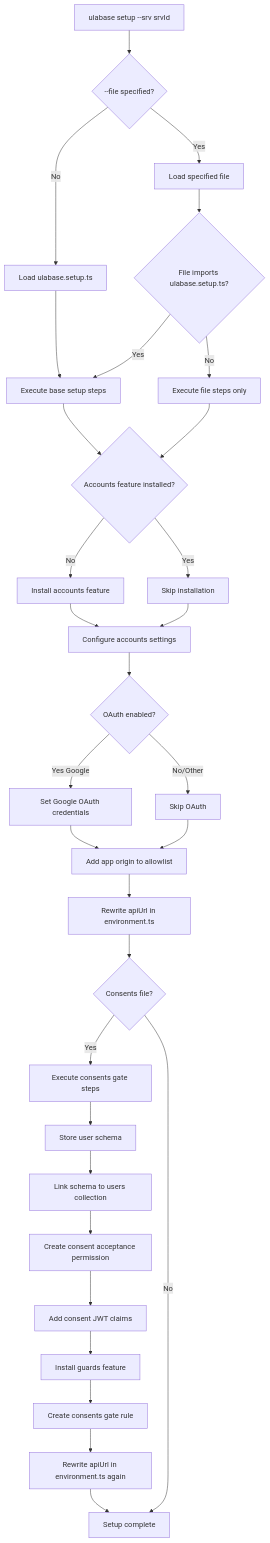
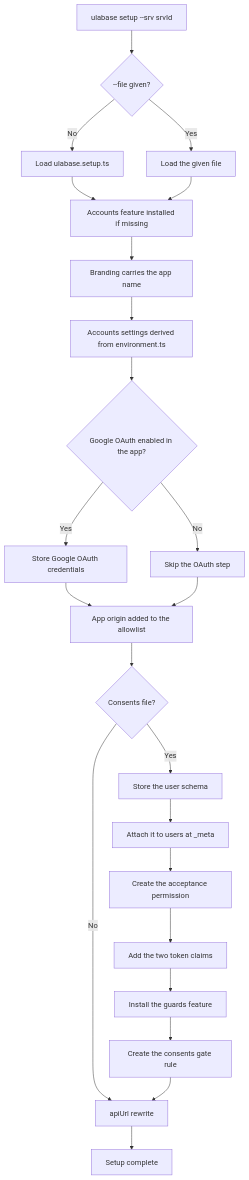
Before and after one commit to ulabase/starter-react: the diagram in openwiki/operations/service-setup.md, drawn with Mermaid. The commit also changed other lines of this file and 16 other files, not shown here.

````diff
--- a/openwiki/operations/service-setup.md
+++ b/openwiki/operations/service-setup.md
@@ -54,33 +64,25 @@
 ```mermaid
 flowchart TD
-    A["ulabase setup --srv srvId"] --> B{"--file specified?"}
-    B -->|No| C["Load ulabase.setup.ts"]
-    B -->|Yes| D["Load specified file"]
-    D --> E{"File imports ulabase.setup.ts?"}
-    E -->|Yes| F["Execute base setup steps"]
-    E -->|No| G["Execute file steps only"]
-    C --> F
-    F --> H{"Accounts feature installed?"}
-    G --> H
-    H -->|No| I["Install accounts feature"]
-    H -->|Yes| J["Skip installation"]
-    I --> K["Configure accounts settings"]
-    J --> K
-    K --> L{"OAuth enabled?"}
-    L -->|Yes Google| M["Set Google OAuth credentials"]
-    L -->|No/Other| N["Skip OAuth"]
-    M --> O["Add app origin to allowlist"]
-    N --> O
-    O --> P["Rewrite apiUrl in environment.ts"]
-    P --> Q{"Consents file?"}
-    Q -->|Yes| R["Execute consents gate steps"]
-    Q -->|No| S["Setup complete"]
-    R --> T["Store user schema"]
-    T --> U["Link schema to users collection"]
-    U --> V["Create consent acceptance permission"]
-    V --> W["Add consent JWT claims"]
-    W --> X["Install guards feature"]
-    X --> Y["Create consents gate rule"]
-    Y --> Z["Rewrite apiUrl in environment.ts again"]
-    Z --> S
+    CLI["ulabase setup --srv srvId"] --> FilePick{"--file given?"}
+    FilePick -->|No| BaseFile["Load ulabase.setup.ts"]
+    FilePick -->|Yes| OtherFile["Load the given file"]
+    BaseFile --> Accounts["Accounts feature installed if missing"]
+    OtherFile --> Accounts
+    Accounts --> Branding["Branding carries the app name"]
+    Branding --> AcctCfg["Accounts settings derived from environment.ts"]
+    AcctCfg --> GoogleAsk{"Google OAuth enabled in the app?"}
+    GoogleAsk -->|Yes| GoogleCreds["Store Google OAuth credentials"]
+    GoogleAsk -->|No| GoogleSkip["Skip the OAuth step"]
+    GoogleCreds --> Allow["App origin added to the allowlist"]
+    GoogleSkip --> Allow
+    Allow --> GateAsk{"Consents file?"}
+    GateAsk -->|No| Rewrite["apiUrl rewrite"]
+    GateAsk -->|Yes| Schema["Store the user schema"]
+    Schema --> Meta["Attach it to users at _meta"]
+    Meta --> Perm["Create the acceptance permission"]
+    Perm --> Claims["Add the two token claims"]
+    Claims --> Guards["Install the guards feature"]
+    Guards --> Rule["Create the consents gate rule"]
+    Rule --> Rewrite
+    Rewrite --> Done["Setup complete"]
 ```
````
